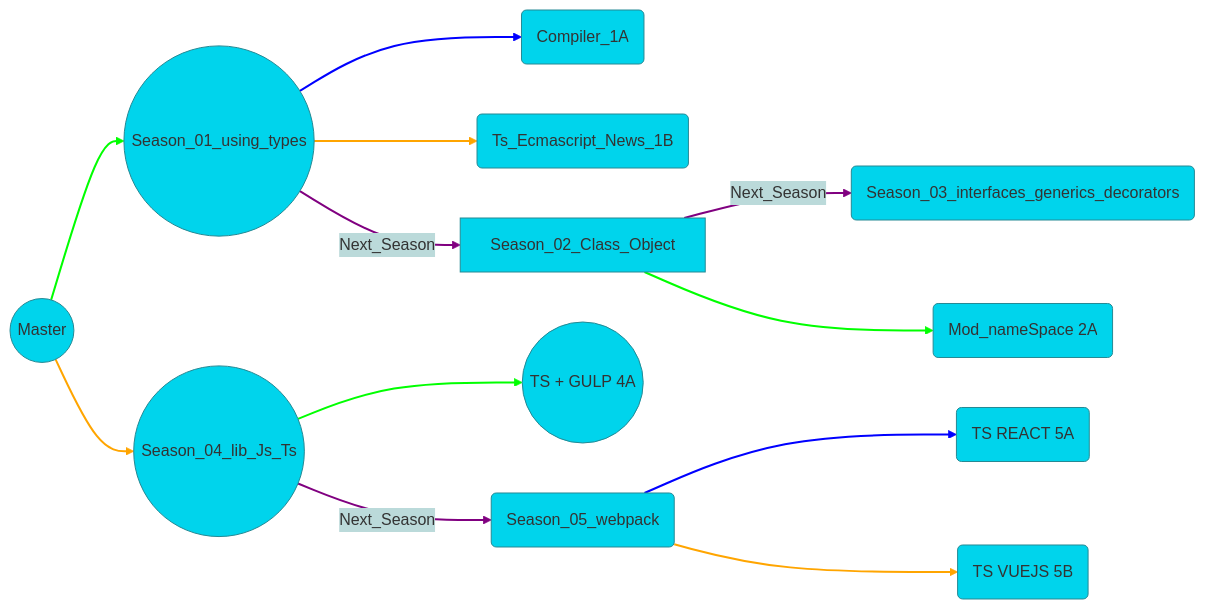
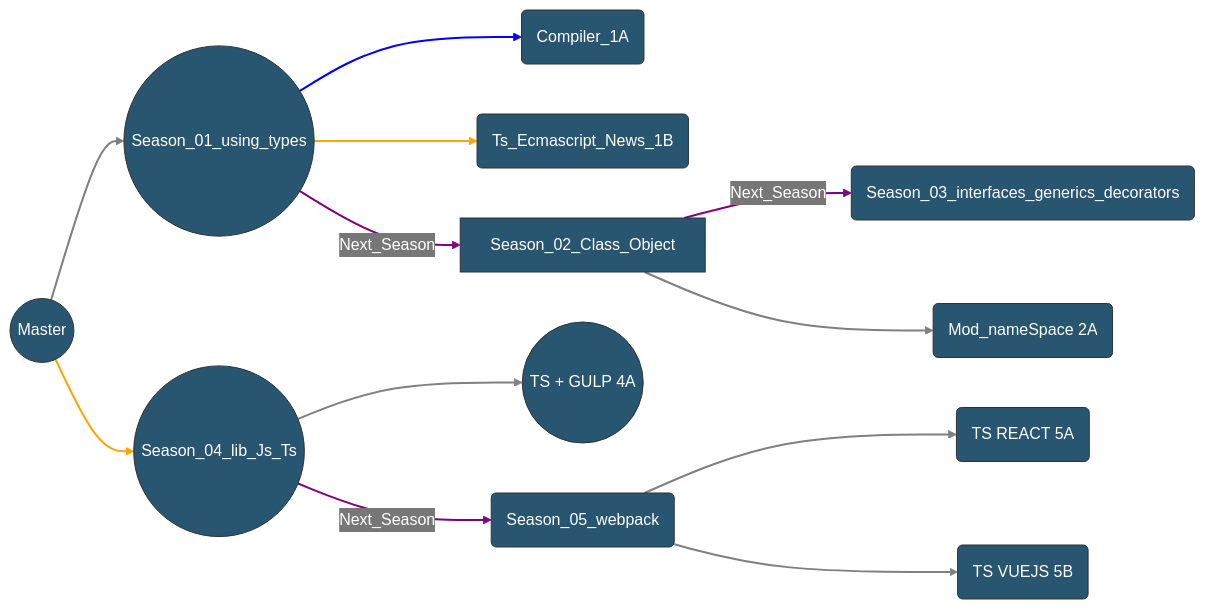
One commit to TeoNogueira/TypeScript-2022 changed the diagram in readme.md. Above: the diagram before and after it, drawn with Mermaid.

Commit message:
Colors Primary MERMAID

````diff
--- a/readme.md
+++ b/readme.md
@@ -72,34 +72,34 @@
   ```mermaid
 
-%%{init: {'theme': 'base', 'themeVariables': { 'primaryColor': '#00d4ec', 'edgeLabelBackground':'#bbdada', 'tertiaryColor': '#dcaab9'}}}%%
+%%{init: {'theme': 'base', 'themeVariables': { 'primaryColor': '#285570', 'edgeLabelBackground':'#777777', 'tertiaryColor': '#dcaab9', 'primaryTextColor': 'white'}}}%%
 
 graph LR
 1(Season_01) --> 1A(Compiler_1A) 
 1(Season_01) --> 1B(Ts_Ecmascript_News_1B) 
 A((Master)) --> 1((Season_01_using_types)) -->|Next_Season| 2((S_02)) --> |Next_Season| 3((S_03))
 2[Season_02_Class_Object]--> 2A(Mod_nameSpace 2A)
 
 3(Season_03_interfaces_generics_decorators) 
 4((Season_04_lib_Js_Ts)) --> 4A((TS + GULP 4A))
 A((Master)) --> 4((Season_04_lib_Js_Ts)) -->|Next_Season|5(S_05)
 
 
 5(Season_05) --> 5A(TS REACT 5A) 
 5(Season_05_webpack) --> 5B(TS VUEJS 5B)
 
 
 
      linkStyle 0 stroke-width:2px,fill:none,stroke:blue;
         linkStyle 1 stroke-width:2px,fill:none,stroke:orange;
-        linkStyle 2 stroke-width:2px,fill:none,stroke:lime;
+        linkStyle 2 stroke-width:2px,fill:none,stroke:gray;
         linkStyle 3 stroke-width:2px,fill:none,stroke:purple;
         linkStyle 4 stroke-width:2px,fill:none,stroke:purple;
-          linkStyle 5 stroke-width:2px,fill:none,stroke:lime;
-          linkStyle 6 stroke-width:2px,fill:none,stroke:lime;
+          linkStyle 5 stroke-width:2px,fill:none,stroke:gray;
+          linkStyle 6 stroke-width:2px,fill:none,stroke:gray;
           linkStyle 7 stroke-width:2px,fill:none,stroke:orange;
           linkStyle 8 stroke-width:2px,fill:none,stroke:purple;
-          linkStyle 9 stroke-width:2px,fill:none,stroke:blue;
-          linkStyle 10 stroke-width:2px,fill:none,stroke:orange;
+          linkStyle 9 stroke-width:2px,fill:none,stroke:gray;
+          linkStyle 10 stroke-width:2px,fill:none,stroke:gray;
 
 
  ```
````
